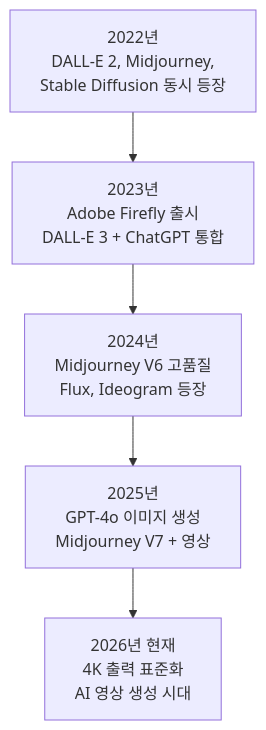
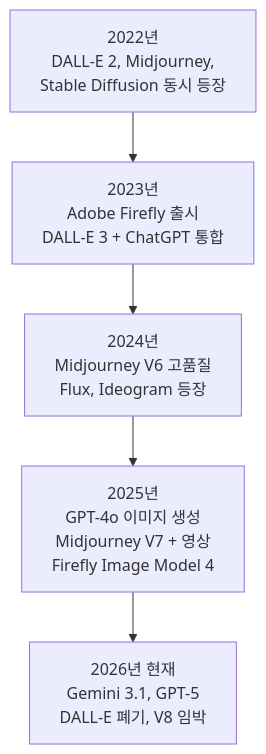
The first of 3 diagrams in 01-ch1-ai-이미지-생성-개론/01-01-생성형-ai가-바꾸는-디자인-워크플로우.md (jsonpassion/forge-tutorial-promptcanvas), drawn with Mermaid before and after one commit. The commit also changed 63 other files, not shown here.

````diff
--- a/01-ch1-ai-이미지-생성-개론/01-01-생성형-ai가-바꾸는-디자인-워크플로우.md
+++ b/01-ch1-ai-이미지-생성-개론/01-01-생성형-ai가-바꾸는-디자인-워크플로우.md
@@ -44,7 +44,7 @@
 ```mermaid
 flowchart TD
     A["2022년<br/>DALL-E 2, Midjourney,<br/>Stable Diffusion 동시 등장"] --> B["2023년<br/>Adobe Firefly 출시<br/>DALL-E 3 + ChatGPT 통합"]
     B --> C["2024년<br/>Midjourney V6 고품질<br/>Flux, Ideogram 등장"]
-    C --> D["2025년<br/>GPT-4o 이미지 생성<br/>Midjourney V7 + 영상"]
-    D --> E["2026년 현재<br/>4K 출력 표준화<br/>AI 영상 생성 시대"]
+    C --> D["2025년<br/>GPT-4o 이미지 생성<br/>Midjourney V7 + 영상<br/>Firefly Image Model 4"]
+    D --> E["2026년 현재<br/>Gemini 3.1, GPT-5<br/>DALL-E 폐기, V8 임박"]
 ```
````
